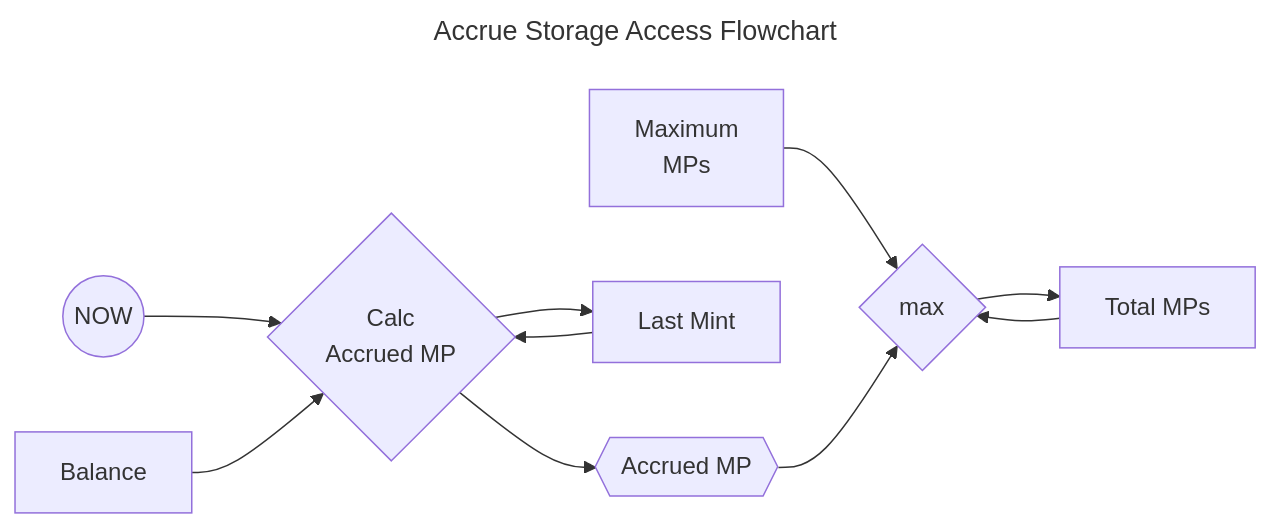
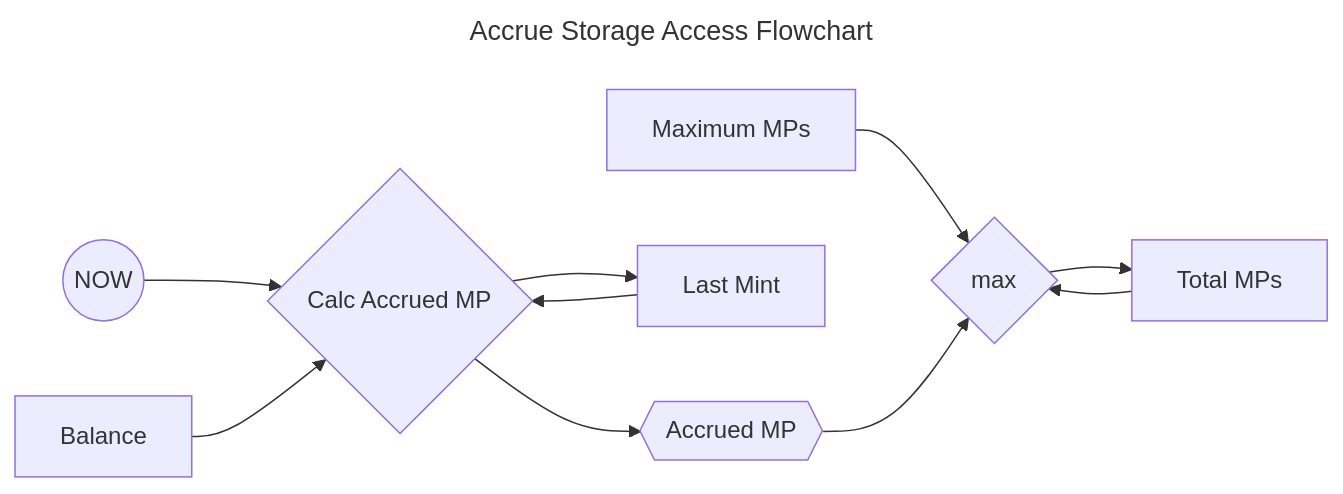
The fourth of 4 diagrams in docs/MathSpec.md (vacp2p/staking-reward-streamer), drawn with Mermaid before and after one commit. The commit also changed other lines of this file, not shown here.

Commit message:
Remove \n from diagrams

````diff
--- a/docs/MathSpec.md
+++ b/docs/MathSpec.md
@@ -677,26 +667,19 @@
 ```mermaid
 ---
 title: Accrue Storage Access Flowchart
 ---
 flowchart LR
-
-
-
-
 	AccruedMP{{Accrued MP}}
-
 	Balance
 	LastMint[Last Mint]
 	TotalMP[Total MPs] --> MAX{max}
-	MaxMP[Maximum\nMPs] --> MAX
-	FAccruedMP{Calc\nAccrued MP}
-    %% Update Flow
-
+	MaxMP[Maximum MPs] --> MAX
+	FAccruedMP{Calc Accrued MP}
 	NOW((NOW)) --> FAccruedMP
 	FAccruedMP --> LastMint
 	LastMint --> FAccruedMP
     Balance --> FAccruedMP
     FAccruedMP --> AccruedMP
     AccruedMP --> MAX
     MAX --> TotalMP
 ```
````
